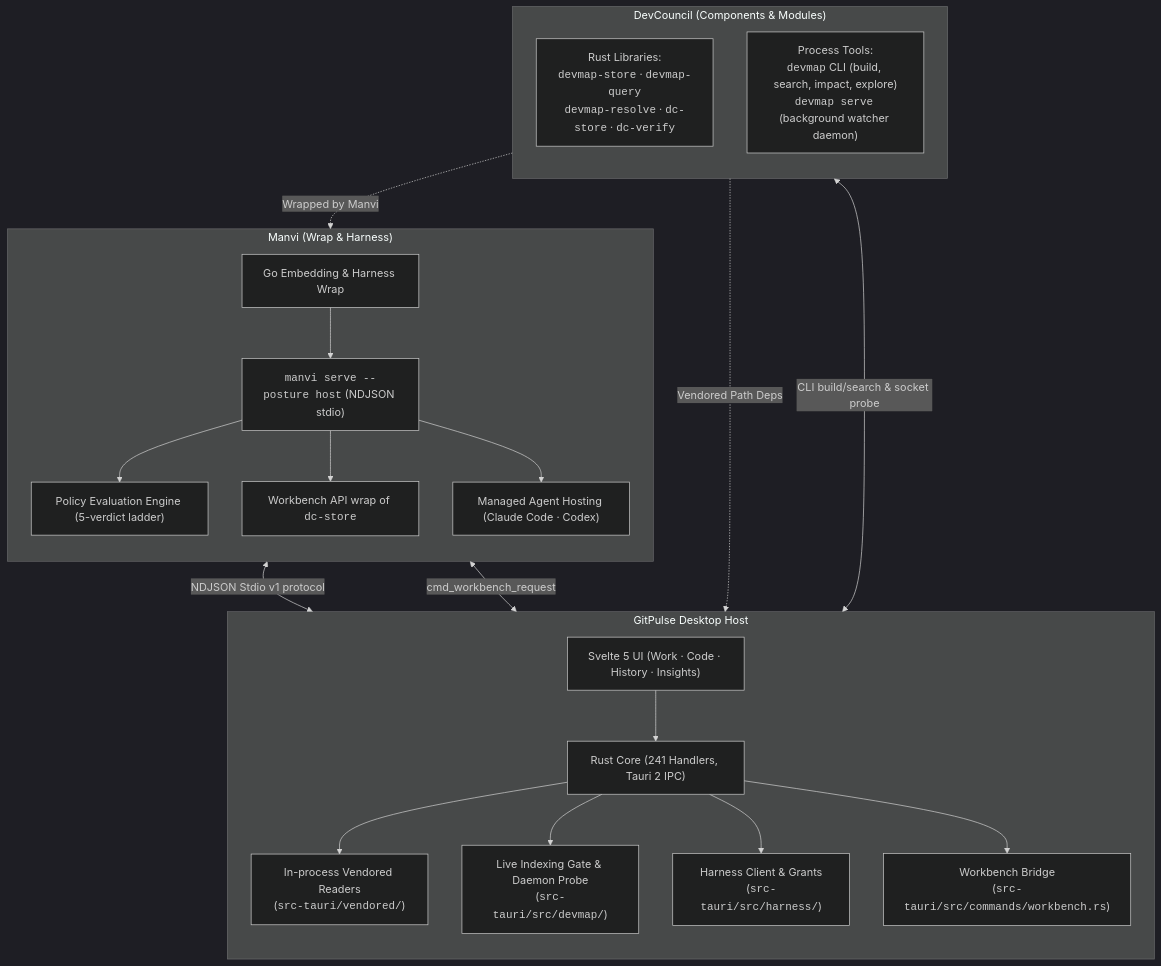
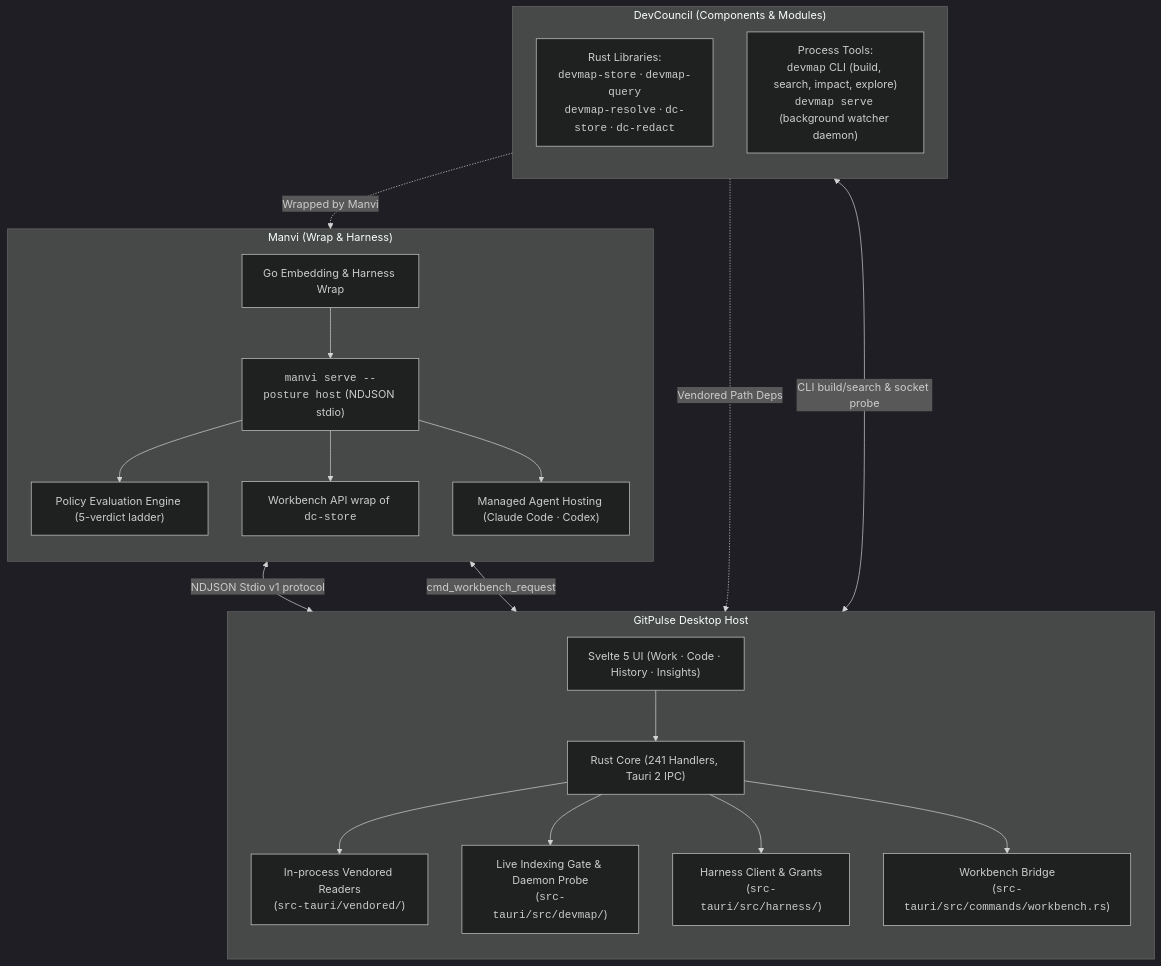
The first of 3 diagrams in docs/MODULE_INTEGRATION.md (bharathvbcr/GitPulse), drawn with Mermaid (dark theme) before and after one commit. The commit also changed other lines of this file and 30 other files, not shown here.

First line of the commit message:
fix(vendor): take the credential table from dc-redact, retire dc-verify

````diff
--- a/docs/MODULE_INTEGRATION.md
+++ b/docs/MODULE_INTEGRATION.md
@@ -32,43 +32,43 @@
 ```mermaid
 flowchart TD
     subgraph DevCouncil["DevCouncil (Components & Modules)"]
         direction TB
-        DCLibs["Rust Libraries:<br/><code>devmap-store</code> · <code>devmap-query</code><br/><code>devmap-resolve</code> · <code>dc-store</code> · <code>dc-verify</code>"]
+        DCLibs["Rust Libraries:<br/><code>devmap-store</code> · <code>devmap-query</code><br/><code>devmap-resolve</code> · <code>dc-store</code> · <code>dc-redact</code>"]
         DCCLI["Process Tools:<br/><code>devmap</code> CLI (build, search, impact, explore)<br/><code>devmap serve</code> (background watcher daemon)"]
     end
 
     subgraph Manvi["Manvi (Wrap & Harness)"]
         direction TB
         ManviWrap["Go Embedding & Harness Wrap"]
         ManviSidecar["<code>manvi serve --posture host</code> (NDJSON stdio)"]
         ManviPolicy["Policy Evaluation Engine (5-verdict ladder)"]
         ManviWorkbench["Workbench API wrap of <code>dc-store</code>"]
         ManviAgents["Managed Agent Hosting (Claude Code · Codex)"]
         ManviWrap --> ManviSidecar
         ManviSidecar --> ManviPolicy
         ManviSidecar --> ManviWorkbench
         ManviSidecar --> ManviAgents
     end
 
     subgraph GitPulseHost["GitPulse Desktop Host"]
         direction TB
         UIHost["Svelte 5 UI (Work · Code · History · Insights)"]
         RustIPC["Rust Core (241 Handlers, Tauri 2 IPC)"]
         InProcessReaders["In-process Vendored Readers<br/>(<code>src-tauri/vendored/</code>)"]
         CLIGate["Live Indexing Gate & Daemon Probe<br/>(<code>src-tauri/src/devmap/</code>)"]
         HarnessClient["Harness Client & Grants<br/>(<code>src-tauri/src/harness/</code>)"]
         WorkbenchCmd["Workbench Bridge<br/>(<code>src-tauri/src/commands/workbench.rs</code>)"]
 
         UIHost --> RustIPC
         RustIPC --> InProcessReaders
         RustIPC --> CLIGate
         RustIPC --> HarnessClient
         RustIPC --> WorkbenchCmd
     end
 
     DCLibs -.->|Vendored Path Deps| InProcessReaders
     DCCLI <-->|CLI build/search & socket probe| CLIGate
     DCLibs -.->|Wrapped by Manvi| ManviWorkbench
     ManviSidecar <-->|NDJSON Stdio v1 protocol| HarnessClient
     ManviSidecar <-->|cmd_workbench_request| WorkbenchCmd
 ```
````
